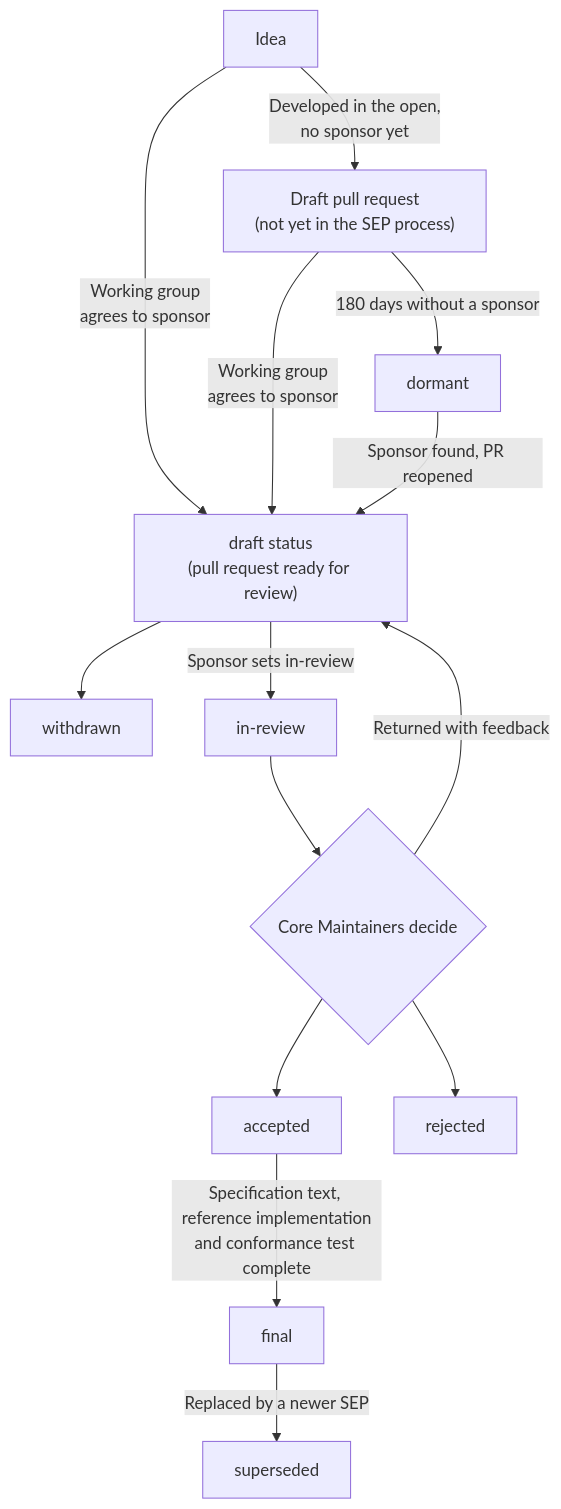
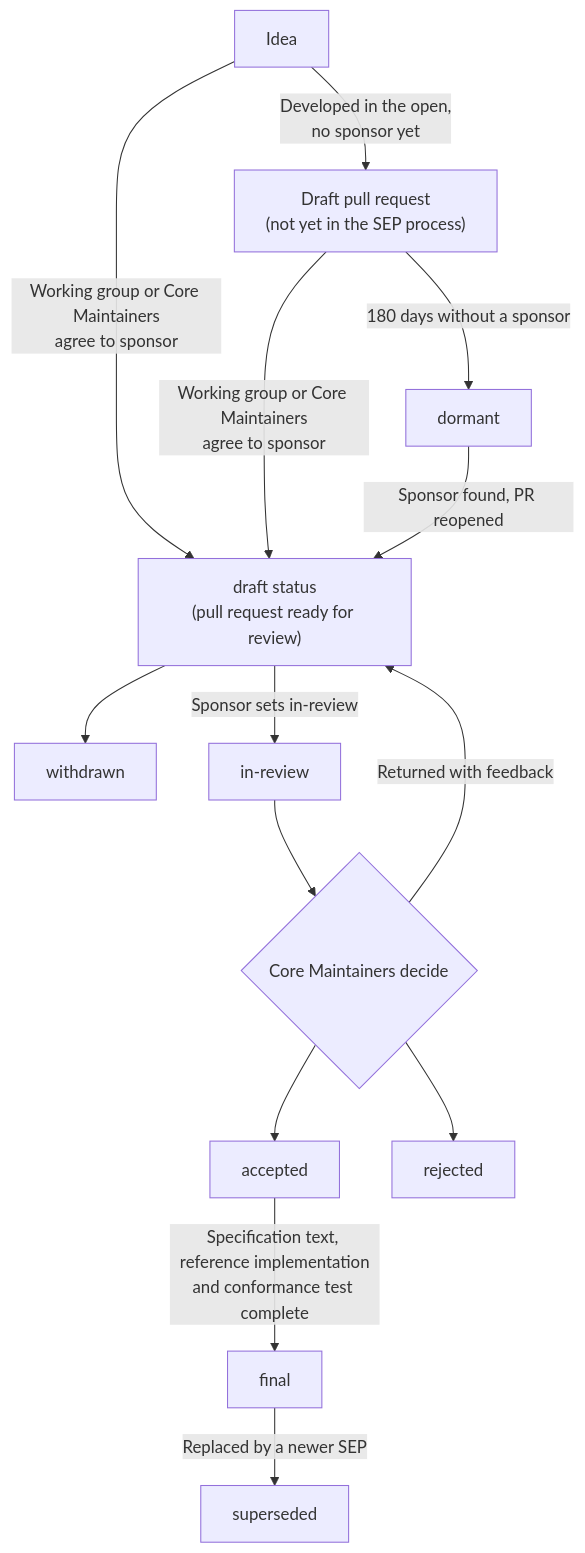
One commit to modelcontextprotocol/modelcontextprotocol changed the diagram in docs/community/sep-guidelines.mdx. Above: the diagram before and after it, drawn with Mermaid. The commit also changed other lines of this file and 10 other files, not shown here.

````diff
--- a/docs/community/sep-guidelines.mdx
+++ b/docs/community/sep-guidelines.mdx
@@ -43,28 +45,28 @@
 ```mermaid
 flowchart TD
     Idea["Idea"]
     DraftPR["Draft pull request<br/>(not yet in the SEP process)"]
     Draft["draft status<br/>(pull request ready for review)"]
     Dormant["dormant"]
     Withdrawn["withdrawn"]
     InReview["in-review"]
     Decision{"Core Maintainers decide"}
     Accepted["accepted"]
     Rejected["rejected"]
     Final["final"]
     Superseded["superseded"]
 
     Idea -->|"Developed in the open,<br/>no sponsor yet"| DraftPR
-    Idea -->|"Working group<br/>agrees to sponsor"| Draft
-    DraftPR -->|"Working group<br/>agrees to sponsor"| Draft
+    Idea -->|"Working group or Core Maintainers<br/>agree to sponsor"| Draft
+    DraftPR -->|"Working group or Core Maintainers<br/>agree to sponsor"| Draft
     DraftPR -->|"180 days without a sponsor"| Dormant
     Dormant -->|"Sponsor found, PR reopened"| Draft
     Draft --> Withdrawn
     Draft -->|"Sponsor sets in-review"| InReview
     InReview --> Decision
     Decision --> Accepted
     Decision --> Rejected
     Decision -->|"Returned with feedback"| Draft
     Accepted -->|"Specification text, reference implementation<br/>and conformance test complete"| Final
     Final -->|"Replaced by a newer SEP"| Superseded
 ```
````
